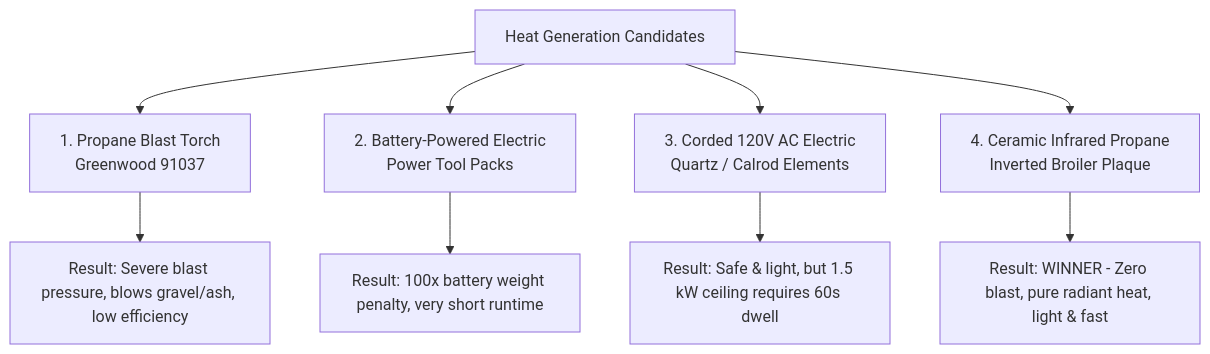
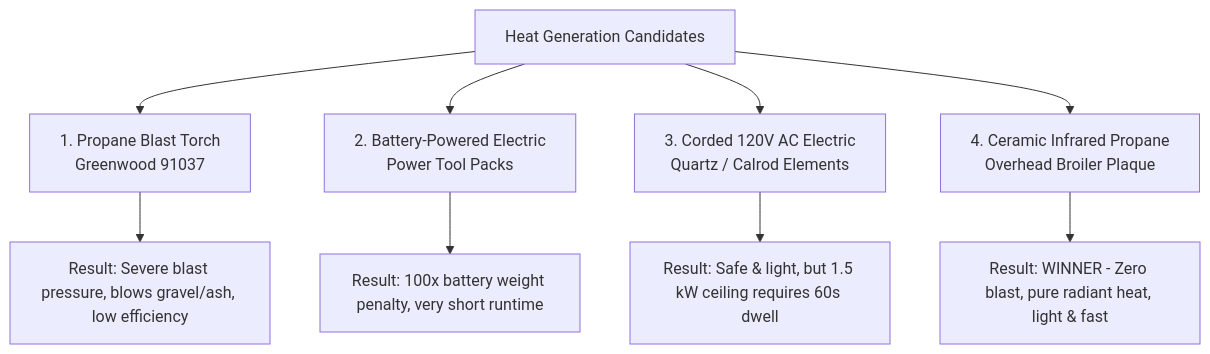
Before and after one commit to phi-WORKS/maker: the diagram in projects/road-roaster/HEAT_SOURCE_ANALYSIS.md, drawn with Mermaid. The commit also changed other lines of this file and 1 other file, not shown here.

Commit message:
update broiler

````diff
--- a/projects/road-roaster/HEAT_SOURCE_ANALYSIS.md
+++ b/projects/road-roaster/HEAT_SOURCE_ANALYSIS.md
@@ -69,12 +71,12 @@
 ```mermaid
 graph TD
     A[Heat Generation Candidates] --> B[1. Propane Blast Torch<br>Greenwood 91037]
     A --> C[2. Battery-Powered Electric<br>Power Tool Packs]
     A --> D[3. Corded 120V AC Electric<br>Quartz / Calrod Elements]
-    A --> E[4. Ceramic Infrared Propane<br>Inverted Broiler Plaque]
+    A --> E[4. Ceramic Infrared Propane<br>Overhead Broiler Plaque]
 
     B --> B1[Result: Severe blast pressure, blows gravel/ash, low efficiency]
     C --> C1[Result: 100x battery weight penalty, very short runtime]
     D --> D1[Result: Safe & light, but 1.5 kW ceiling requires 60s dwell]
     E --> E1[Result: WINNER - Zero blast, pure radiant heat, light & fast]
 ```
````
